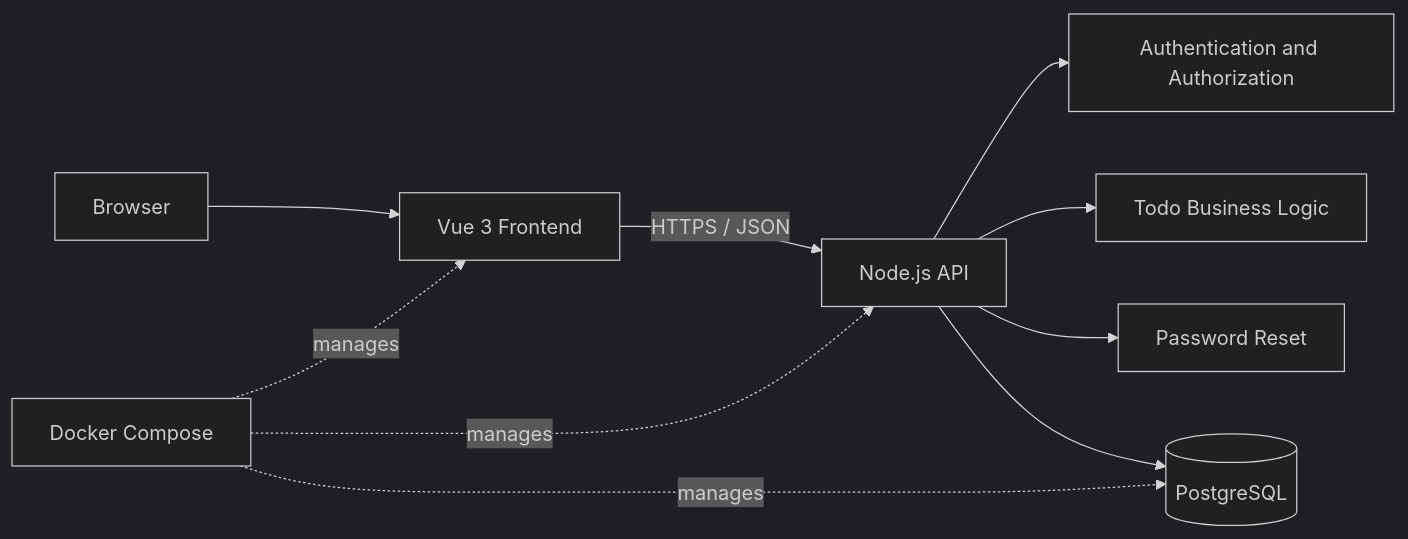
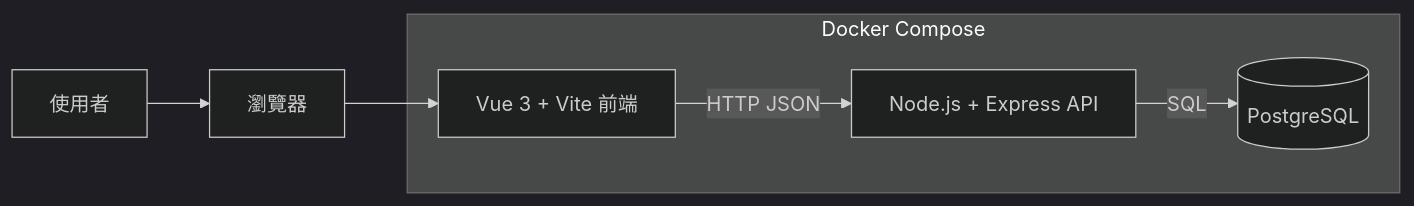
One commit to annie-clickforce/todo-fullstack changed the first of 3 diagrams in docs/architecture.md. Above: the diagram before and after it, drawn with Mermaid (dark theme). The commit also changed other lines of this file and 1 other file, not shown here.

First line of the commit message:
docs:補上 Todo MVP 系統架構圖

````diff
--- a/docs/architecture.md
+++ b/docs/architecture.md
@@ -7,12 +7,15 @@
 ```mermaid
 flowchart LR
-    browser[Browser] --> frontend[Vue 3 Frontend]
-    frontend -->|HTTPS / JSON| api[Node.js API]
-    api --> auth[Authentication and Authorization]
-    api --> todo[Todo Business Logic]
-    api --> password[Password Reset]
-    api --> database[(PostgreSQL)]
-    docker[Docker Compose] -. manages .-> frontend
-    docker -. manages .-> api
-    docker -. manages .-> database
+    User[使用者] --> Browser[瀏覽器]
+
+    subgraph Docker Compose
+        Frontend[Vue 3 + Vite 前端]
+        API[Node.js + Express API]
+        DB[(PostgreSQL)]
+
+        Frontend -->|HTTP JSON| API
+        API -->|SQL| DB
+    end
+
+    Browser --> Frontend
 ```
````
